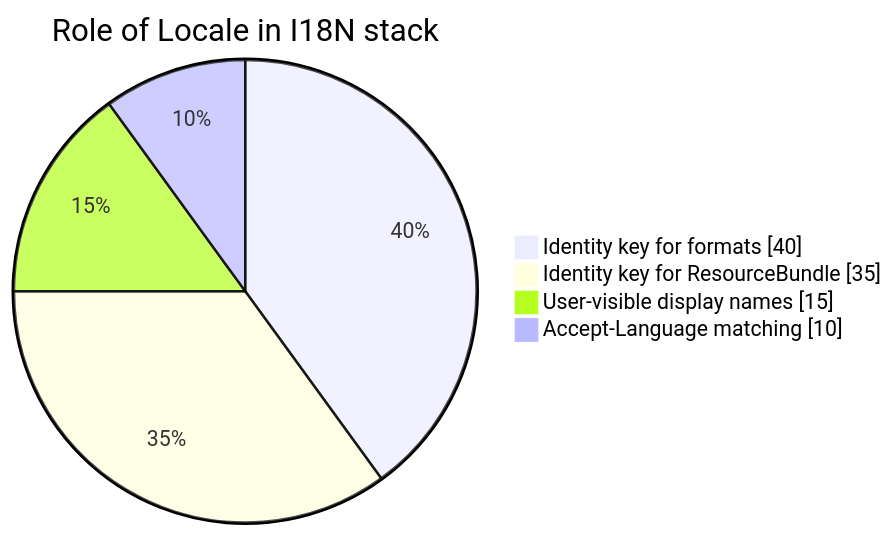
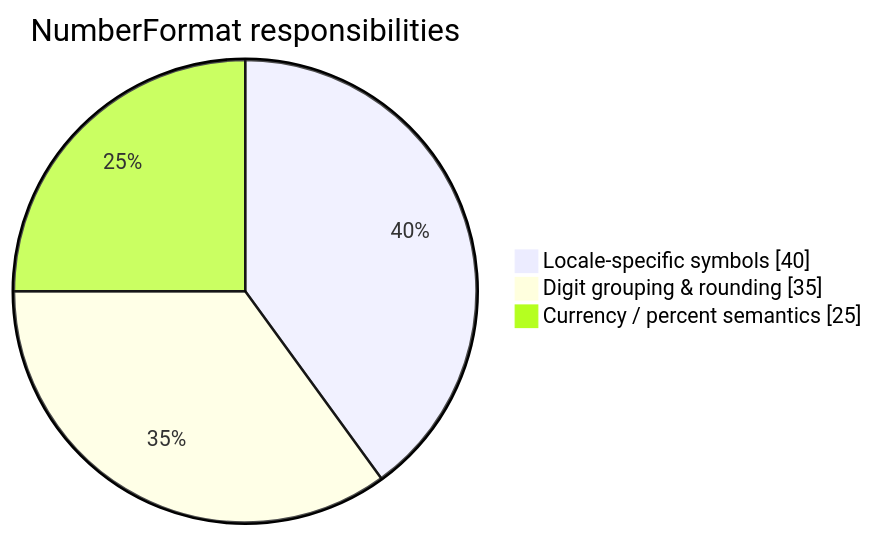
Before and after one commit to chaitussm/Java-Project: the sixth of 10 diagrams in docs/concepts/internationalization/internationalization.md, drawn with Mermaid. The commit also changed other lines of this file and 4 other files, not shown here.

Commit message:
feat(i18n): NumberFormat/DateFormat demos, unified guide under advanced package

````diff
--- a/docs/concepts/internationalization/internationalization.md
+++ b/docs/concepts/internationalization/internationalization.md
@@ -308,8 +258,7 @@
 ```mermaid
 pie showData
-    title Role of Locale in I18N stack
-    "Identity key for formats" : 40
-    "Identity key for ResourceBundle" : 35
-    "User-visible display names" : 15
-    "Accept-Language matching" : 10
+    title NumberFormat responsibilities
+    "Locale-specific symbols" : 40
+    "Digit grouping & rounding" : 35
+    "Currency / percent semantics" : 25
 ```
````
